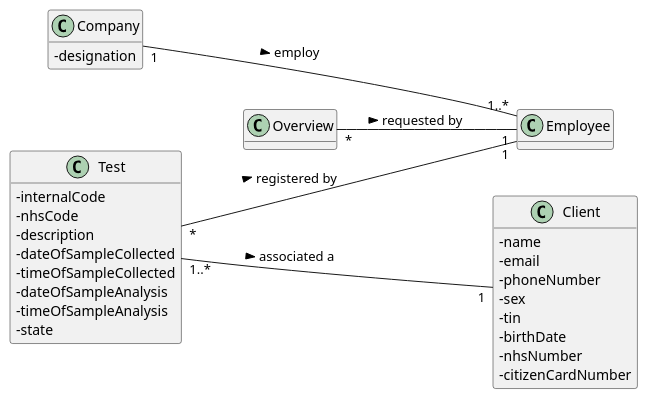
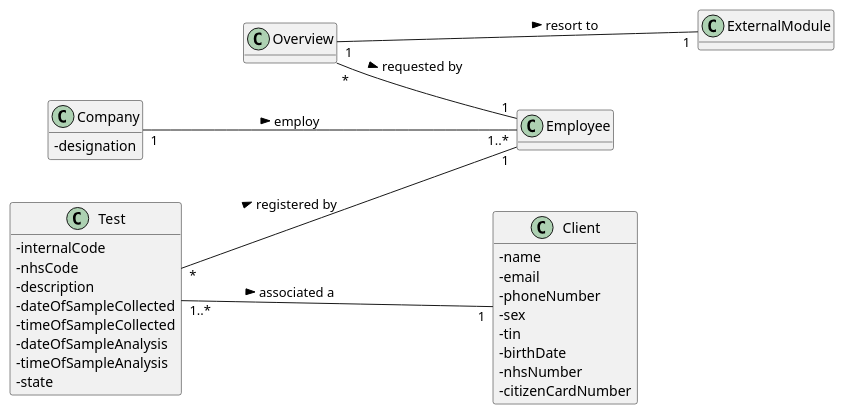
The diagram in docs/SprintD/US16/US16_MD.puml (manu-07-ela/LAPR2_ISEP), drawn with PlantUML before and after one commit. The commit also changed 3 other files, not shown here.

```diff
--- a/docs/SprintD/US16/US16_MD.puml
+++ b/docs/SprintD/US16/US16_MD.puml
@@ -1,45 +1,49 @@
 @startuml
 hide methods
 left to right direction
 skinparam classAttributeIconSize 0
 
 
 class Company{
 -designation
+}
+
+class ExternalModule{
+
 }
 
 class Overview{
 }
 
 class Client{
  - name
  - email
  - phoneNumber
  - sex
  - tin
  - birthDate
  - nhsNumber
  - citizenCardNumber
 }
 
 class Test {
 -internalCode
 -nhsCode
 -description
 -dateOfSampleCollected
 -timeOfSampleCollected
 -dateOfSampleAnalysis
 -timeOfSampleAnalysis
 -state
 }
 
 
 
 Company "1"---"1..*" Employee : employ >
 Test "1..*"---"1" Client : associated a >
 Test "*"---"1" Employee : registered by >
 Overview "*"--"1" Employee : requested by >
-
+Overview "1"---"1" ExternalModule : resort to >
 
 
 @enduml
```
